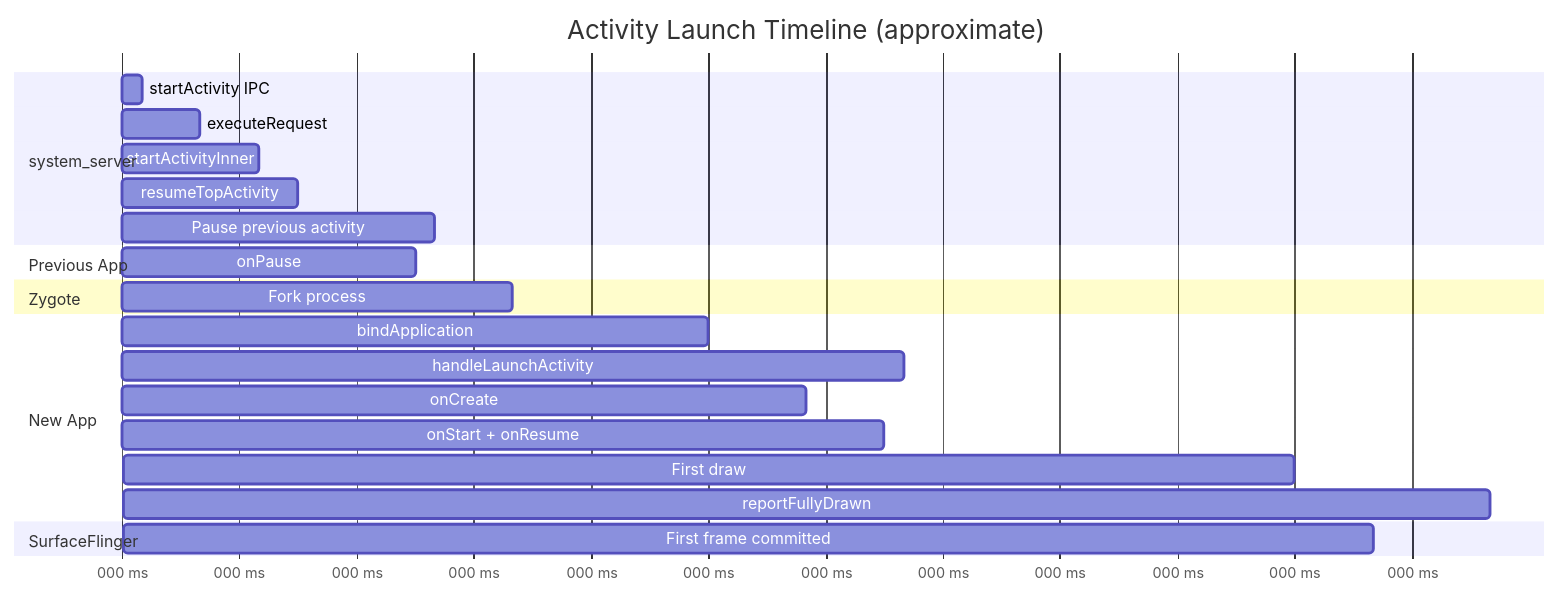
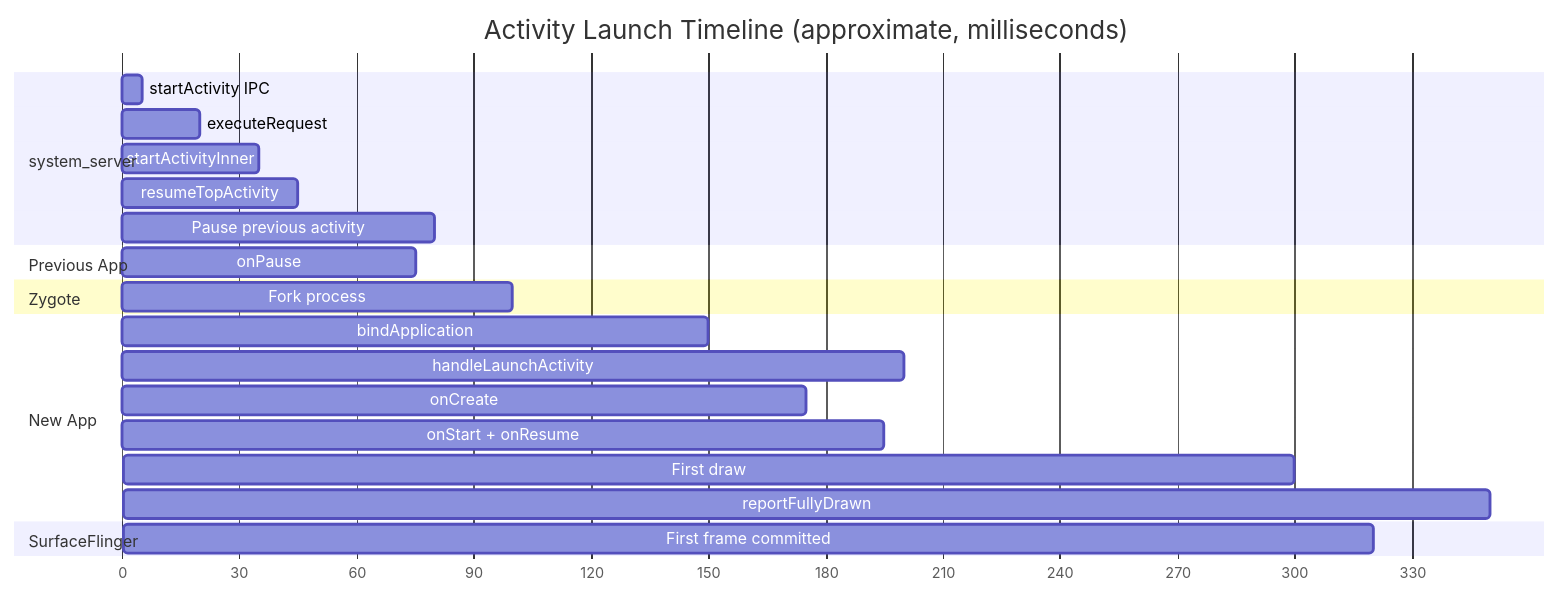
Before and after one commit to fwrite0920/aosp-internal-book: diagram 21 of 41 in 22-activity-and-window.md, drawn with Mermaid. The commit also changed other lines of this file and 6 other files, not shown here.

First line of the commit message:
Fix Mermaid diagrams and formatting in Parts V-VI (chapters 18-25)

````diff
--- a/22-activity-and-window.md
+++ b/22-activity-and-window.md
@@ -2143,30 +2143,30 @@
 ```mermaid
 gantt
-    title Activity Launch Timeline (approximate)
+    title Activity Launch Timeline (approximate, milliseconds)
     dateFormat X
-    axisFormat %L ms
+    axisFormat %s
 
     section system_server
     startActivity IPC         :s1, 0, 5
     executeRequest            :s2, 5, 20
     startActivityInner        :s3, 20, 35
     resumeTopActivity         :s4, 35, 45
     Pause previous activity   :s5, 45, 80
 
     section Previous App
     onPause                   :p1, 50, 75
 
     section Zygote
     Fork process              :z1, 80, 100
 
     section New App
     bindApplication           :a1, 100, 150
     handleLaunchActivity      :a2, 150, 200
     onCreate                  :a3, 155, 175
     onStart + onResume        :a4, 175, 195
     First draw                :a5, 200, 300
     reportFullyDrawn          :a6, 300, 350
 
     section SurfaceFlinger
     First frame committed     :sf1, 310, 320
 ```
````
